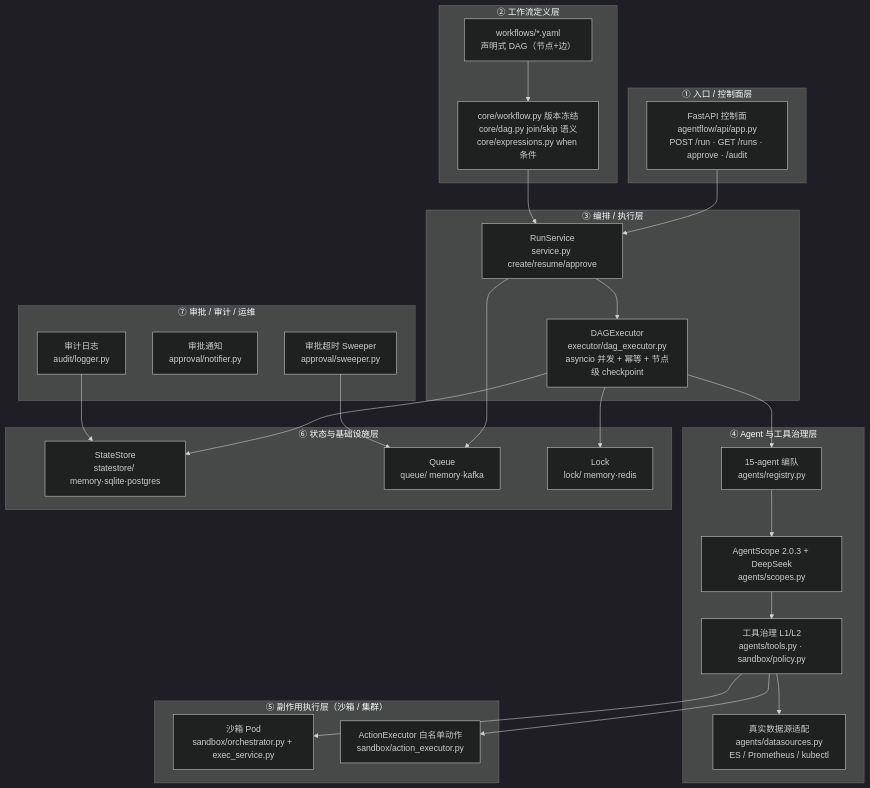
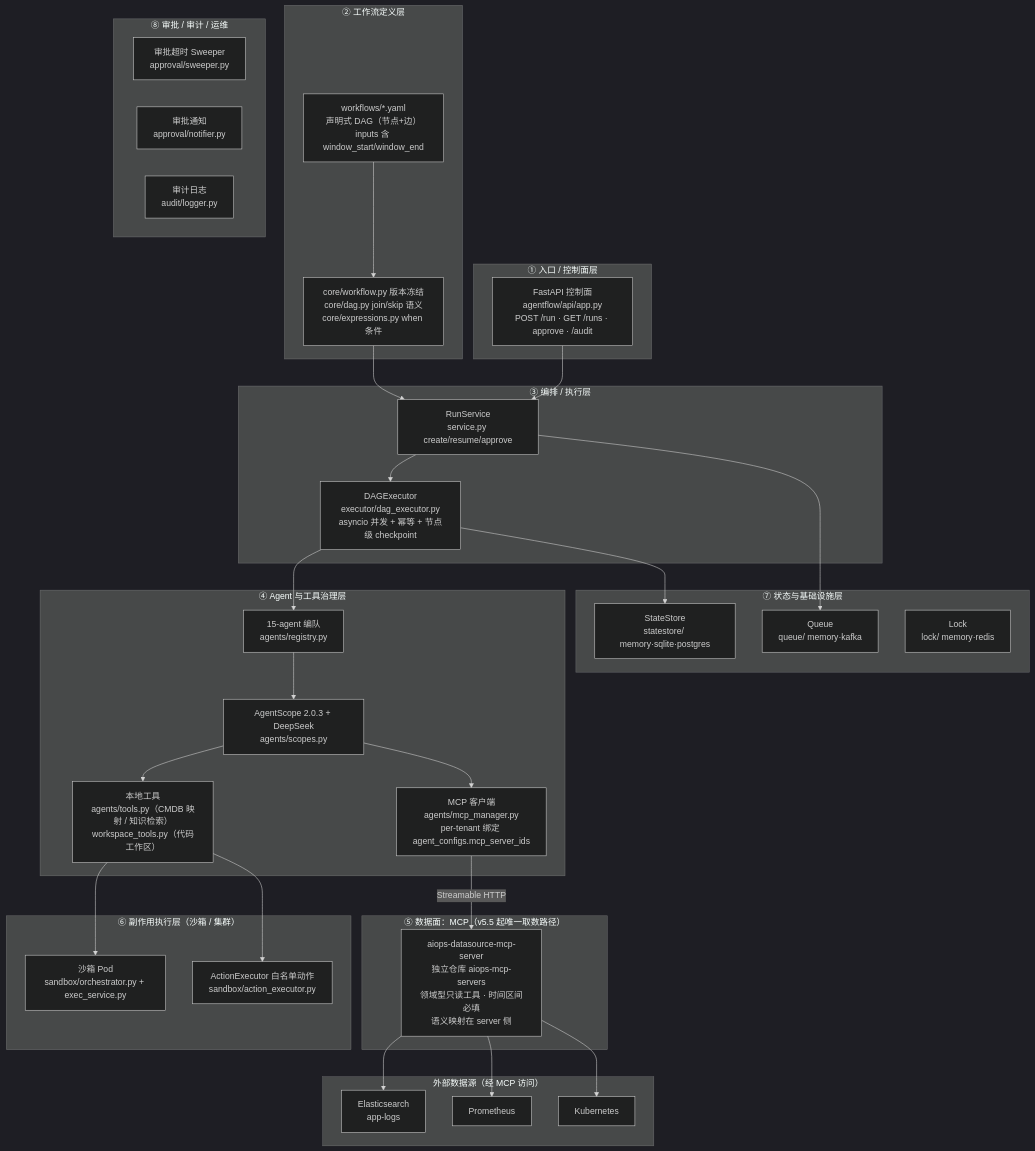
Before and after one commit to aiops-platform/multi-agent-workflow: the first of 2 diagrams in PROJECT_FLOW_zh-CN.md, drawn with Mermaid (dark theme). The commit also changed other lines of this file and 29 other files, not shown here.

````diff
--- a/PROJECT_FLOW_zh-CN.md
+++ b/PROJECT_FLOW_zh-CN.md
@@ -10,55 +10,66 @@
 ```mermaid
 flowchart TB
     subgraph L1["① 入口 / 控制面层"]
         API["FastAPI 控制面<br/>agentflow/api/app.py<br/>POST /run · GET /runs · approve · /audit"]
     end
 
     subgraph L2["② 工作流定义层"]
-        WF["workflows/*.yaml<br/>声明式 DAG（节点+边）"]
+        WF["workflows/*.yaml<br/>声明式 DAG（节点+边）<br/>inputs 含 window_start/window_end"]
         CORE["core/workflow.py 版本冻结<br/>core/dag.py join/skip 语义<br/>core/expressions.py when 条件"]
     end
 
     subgraph L3["③ 编排 / 执行层"]
         SVC["RunService<br/>service.py create/resume/approve"]
         EX["DAGExecutor<br/>executor/dag_executor.py<br/>asyncio 并发 + 幂等 + 节点级 checkpoint"]
     end
 
     subgraph L4["④ Agent 与工具治理层"]
         REG["15-agent 编队<br/>agents/registry.py"]
         SCOPE["AgentScope 2.0.3 + DeepSeek<br/>agents/scopes.py"]
-        TOOL["工具治理 L1/L2<br/>agents/tools.py · sandbox/policy.py"]
-        DS["真实数据源适配<br/>agents/datasources.py<br/>ES / Prometheus / kubectl"]
+        TOOL["本地工具<br/>agents/tools.py（CMDB 映射 / 知识检索）<br/>workspace_tools.py（代码工作区）"]
+        MCPC["MCP 客户端<br/>agents/mcp_manager.py<br/>per-tenant 绑定 agent_configs.mcp_server_ids"]
     end
 
-    subgraph L5["⑤ 副作用执行层（沙箱 / 集群）"]
+    subgraph L45["⑤ 数据面：MCP（v5.5 起唯一取数路径）"]
+        MCPS["aiops-datasource-mcp-server<br/>独立仓库 aiops-mcp-servers<br/>领域型只读工具 · 时间区间必填<br/>语义映射在 server 侧"]
+    end
+
+    subgraph L5["⑥ 副作用执行层（沙箱 / 集群）"]
         SB["沙箱 Pod<br/>sandbox/orchestrator.py + exec_service.py"]
         AE["ActionExecutor 白名单动作<br/>sandbox/action_executor.py"]
     end
 
-    subgraph L6["⑥ 状态与基础设施层"]
+    subgraph L6["⑦ 状态与基础设施层"]
         SS["StateStore<br/>statestore/ memory·sqlite·postgres"]
         Q["Queue<br/>queue/ memory·kafka"]
         LK["Lock<br/>lock/ memory·redis"]
     end
 
-    subgraph L7["⑦ 审批 / 审计 / 运维"]
+    subgraph L7["⑧ 审批 / 审计 / 运维"]
         SW["审批超时 Sweeper<br/>approval/sweeper.py"]
         NT["审批通知<br/>approval/notifier.py"]
         AU["审计日志<br/>audit/logger.py"]
+    end
+
+    subgraph EXT["外部数据源（经 MCP 访问）"]
+        ES["Elasticsearch<br/>app-logs"]
+        PM["Prometheus"]
+        K8S["Kubernetes"]
     end
 
     API --> SVC
     WF --> CORE --> SVC
     SVC --> EX
     EX --> REG
     REG --> SCOPE
     SCOPE --> TOOL
-    TOOL --> DS
+    SCOPE --> MCPC
+    MCPC -->|Streamable HTTP| MCPS
+    MCPS --> ES
+    MCPS --> PM
+    MCPS --> K8S
     TOOL --> SB
     TOOL --> AE
     EX --> SS
     SVC --> Q
-    SW --> Q
-    EX --> LK
-    AU --> SS
 ```
````
